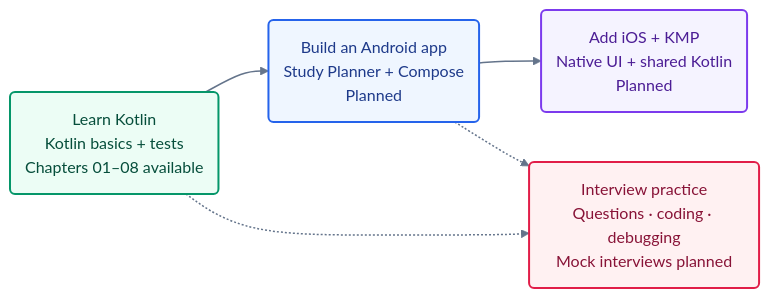
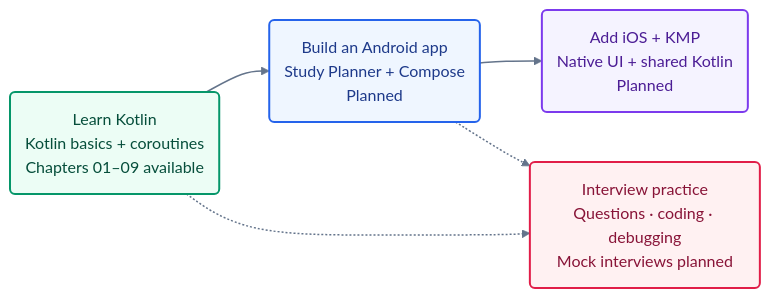
The diagram in README.md (roshanevala/Kotlin-101-The-Mobile-Workshop), drawn with Mermaid before and after one commit. The commit also changed other lines of this file and 19 other files, not shown here.

````diff
--- a/README.md
+++ b/README.md
@@ -11,20 +11,20 @@
 ```mermaid
 flowchart LR
     accTitle: From Kotlin basics to a mobile app and interview practice
     accDescr: Start with the available Kotlin lessons. Build an Android app, then add iOS and shared Kotlin logic in planned stages. Practise lesson questions and debugging along the way; dedicated coding challenges and mock interviews are planned.
 
-    K("Learn Kotlin<br/>Kotlin basics + tests<br/>Chapters 01–08 available"):::basics
+    K("Learn Kotlin<br/>Kotlin basics + coroutines<br/>Chapters 01–09 available"):::basics
     A("Build an Android app<br/>Study Planner + Compose<br/>Planned"):::android
     M("Add iOS + KMP<br/>Native UI + shared Kotlin<br/>Planned"):::multiplatform
     I("Interview practice<br/>Questions · coding · debugging<br/>Mock interviews planned"):::interview
 
     K --> A --> M
     K -.-> I
     A -.-> I
 
     classDef basics fill:#ecfdf5,stroke:#059669,color:#064e3b,stroke-width:2px
     classDef android fill:#eff6ff,stroke:#2563eb,color:#1e3a8a,stroke-width:2px
     classDef multiplatform fill:#f5f3ff,stroke:#7c3aed,color:#4c1d95,stroke-width:2px
     classDef interview fill:#fff1f2,stroke:#e11d48,color:#881337,stroke-width:2px
     linkStyle default stroke:#64748b,stroke-width:1.5px
 ```
````
